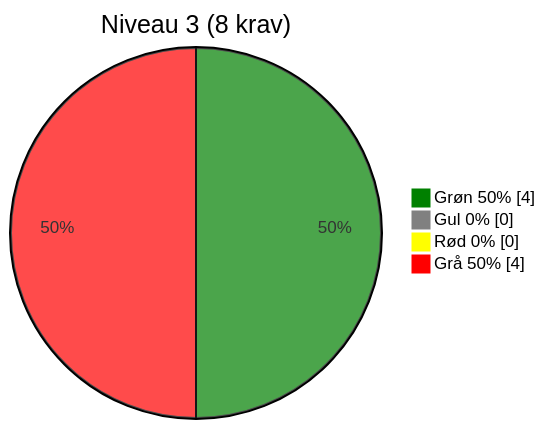
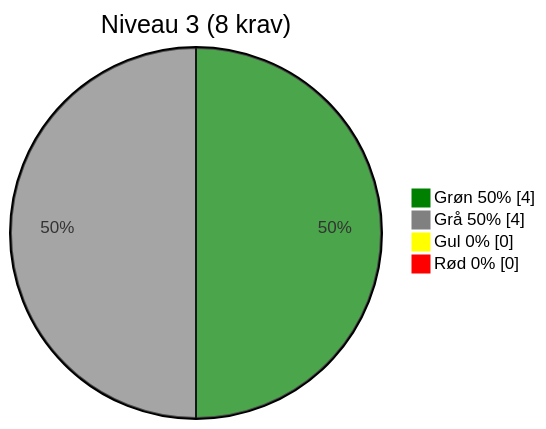
The fourth of 5 diagrams in docs/rapporter/evalueringsrapporter/os2-test_assessment.md (OS2offdig/os2-product-reviews), drawn with Mermaid before and after one commit. The commit also changed other lines of this file, not shown here.

````diff
--- a/docs/rapporter/evalueringsrapporter/os2-test_assessment.md
+++ b/docs/rapporter/evalueringsrapporter/os2-test_assessment.md
@@ -144,11 +144,11 @@
 ```mermaid
 %%{init: {"themeVariables": {
- "pie1": "#008000", "pie2": "#808080", "pie3": "#FFFF00", "pie4": "#FF0000"
+	"pie1": "#008000", 	"pie2": "#808080", 	"pie3": "#FFFF00", 	"pie4": "#FF0000"
 }}}%%
 pie showData
- title Niveau 3 (8 krav)
- "Grøn 50%" : 4
- "Gul 0%" : 0
- "Rød 0%" : 0
- "Grå 50%" : 4
+	title Niveau 3 (8 krav)
+	"Grøn 50%" : 4
+	"Grå 50%" : 4
+	"Gul 0%" : 0
+	"Rød 0%" : 0
 ```
````
